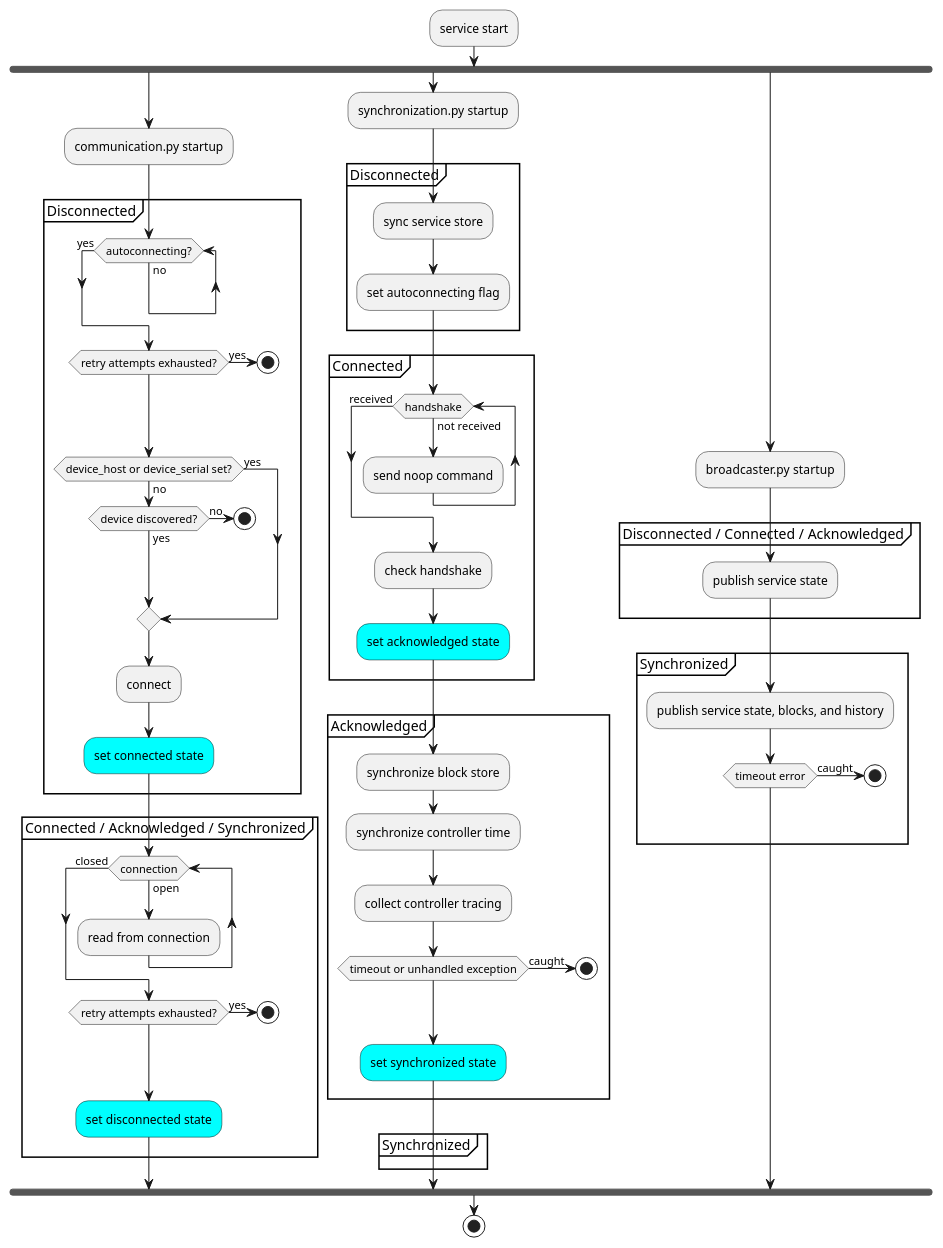
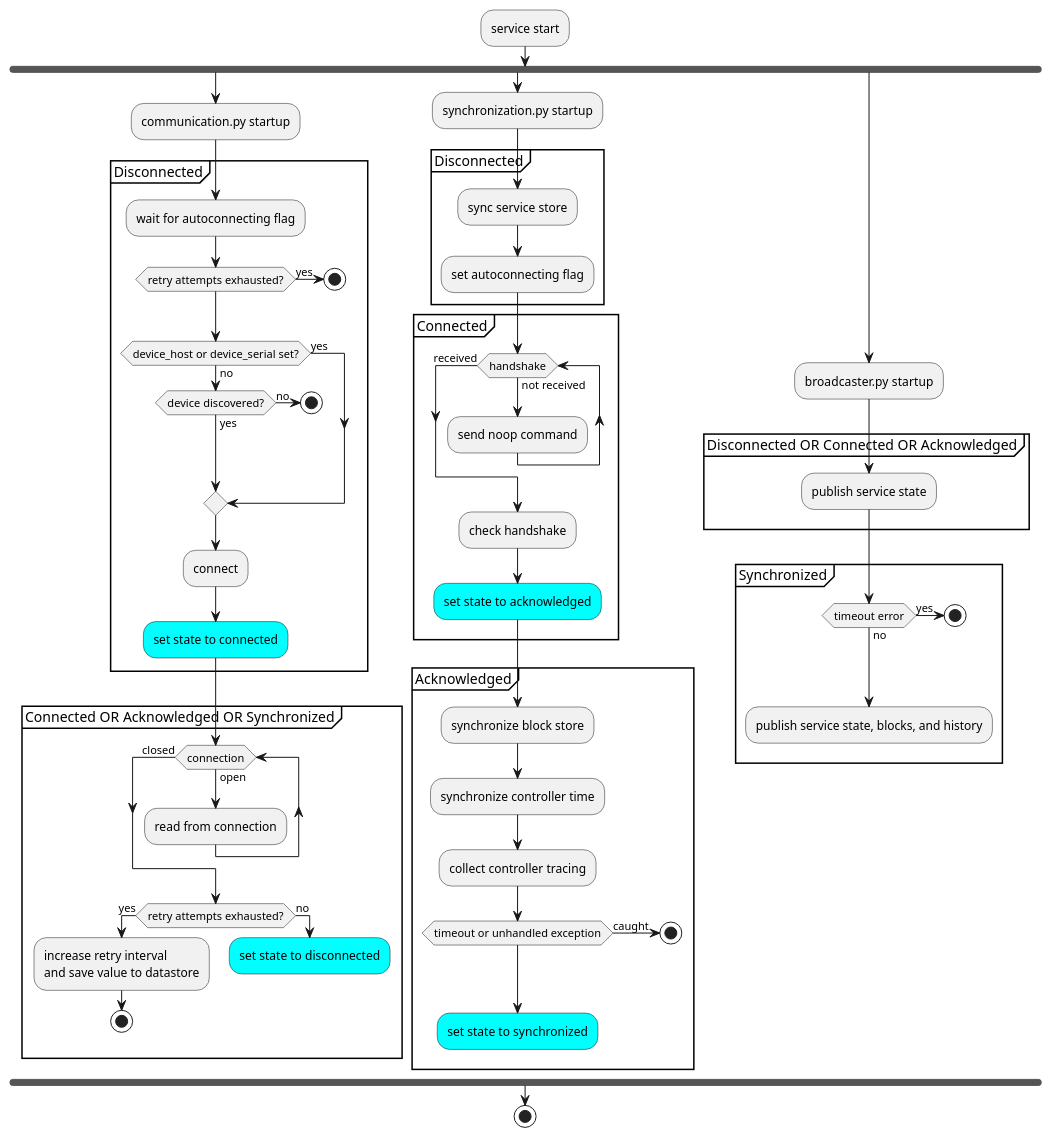
Before and after one commit to BrewBlox/brewblox-documentation: the first of 2 diagrams in docs/dev/decisions/20201008_devcon_connect_states.md, drawn with PlantUML. The commit also changed other lines of this file, not shown here.

Commit message:
tweak diagrams

````diff
--- a/docs/dev/decisions/20201008_devcon_connect_states.md
+++ b/docs/dev/decisions/20201008_devcon_connect_states.md
@@ -45,73 +49,78 @@
 ```plantuml
 @startuml State machine
 :service start;
 fork
     :communication.py startup;
     partition Disconnected {
-        while (autoconnecting?) is (no)
-        endwhile (yes)
+        :wait for autoconnecting flag;
         if (retry attempts exhausted?) then (yes)
             stop
         endif
         if (device_host or device_serial set?) then (yes)
         else (no)
             if (device discovered?) then (no)
                 stop
             else (yes)
             endif
         endif
         :connect;
-        #cyan:set connected state;
+        #cyan:set state to connected;
     }
-    partition "Connected / Acknowledged / Synchronized" {
+    partition "Connected OR Acknowledged OR Synchronized" {
         while (connection) is (open)
             :read from connection;
         endwhile (closed)
         if (retry attempts exhausted?) then (yes)
+            :increase retry interval
+            and save value to datastore;
             stop
+        else (no)
+            #cyan:set state to disconnected;
+            detach
         endif
-        #cyan:set disconnected state;
     }
 
 fork again
     :synchronization.py startup;
     partition Disconnected {
         :sync service store;
         :set autoconnecting flag;
     }
     partition Connected {
         while (handshake) is (not received)
             :send noop command;
         endwhile (received)
         :check handshake;
-        #cyan:set acknowledged state;
+        #cyan:set state to acknowledged;
     }
     partition Acknowledged {
         :synchronize block store;
         :synchronize controller time;
         :collect controller tracing;
         if (timeout or unhandled exception) then (caught)
             stop
         endif
-        #cyan:set synchronized state;
+        #cyan:set state to synchronized;
     }
-    partition Synchronized {
-    }
+    detach
 
 fork again
     :broadcaster.py startup;
-    partition "Disconnected / Connected / Acknowledged" {
+
+    partition "Disconnected OR Connected OR Acknowledged" {
         :publish service state;
     }
     partition Synchronized {
+        if (timeout error) then (yes)
+            stop
+        else (no)
+        endif
         :publish service state, blocks, and history;
-        if (timeout error) then (caught)
-            stop
-        endif
     }
+    detach
 
 endfork
 
 stop
 @enduml
 ```
````
